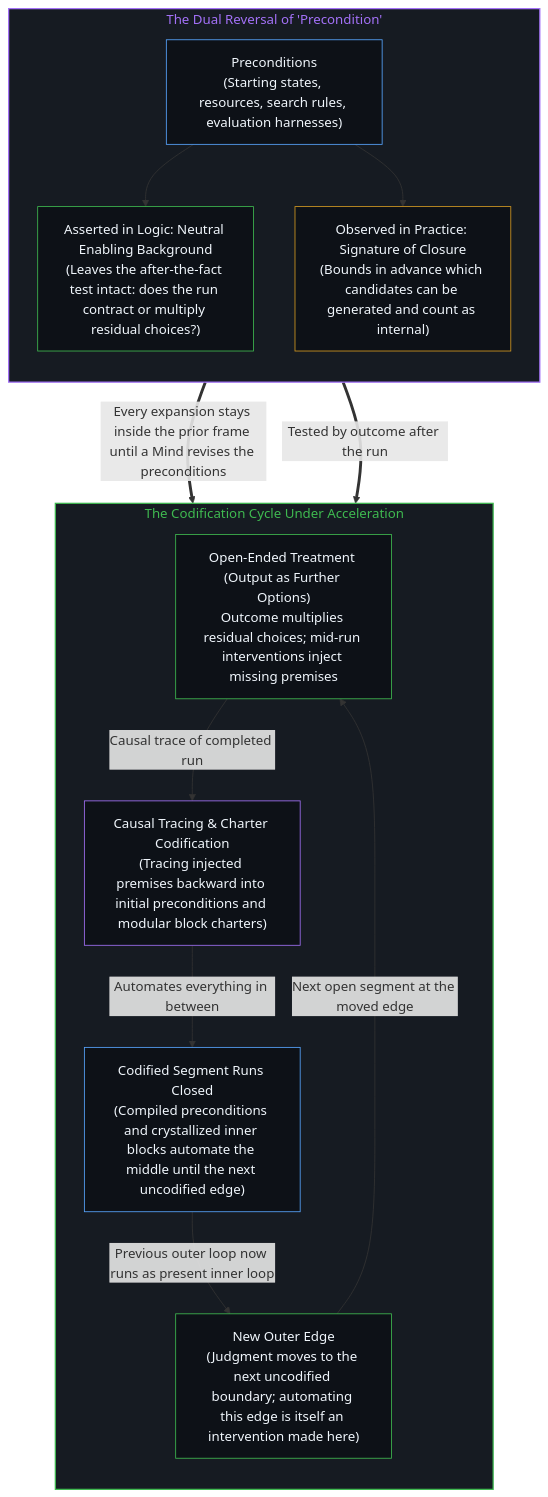
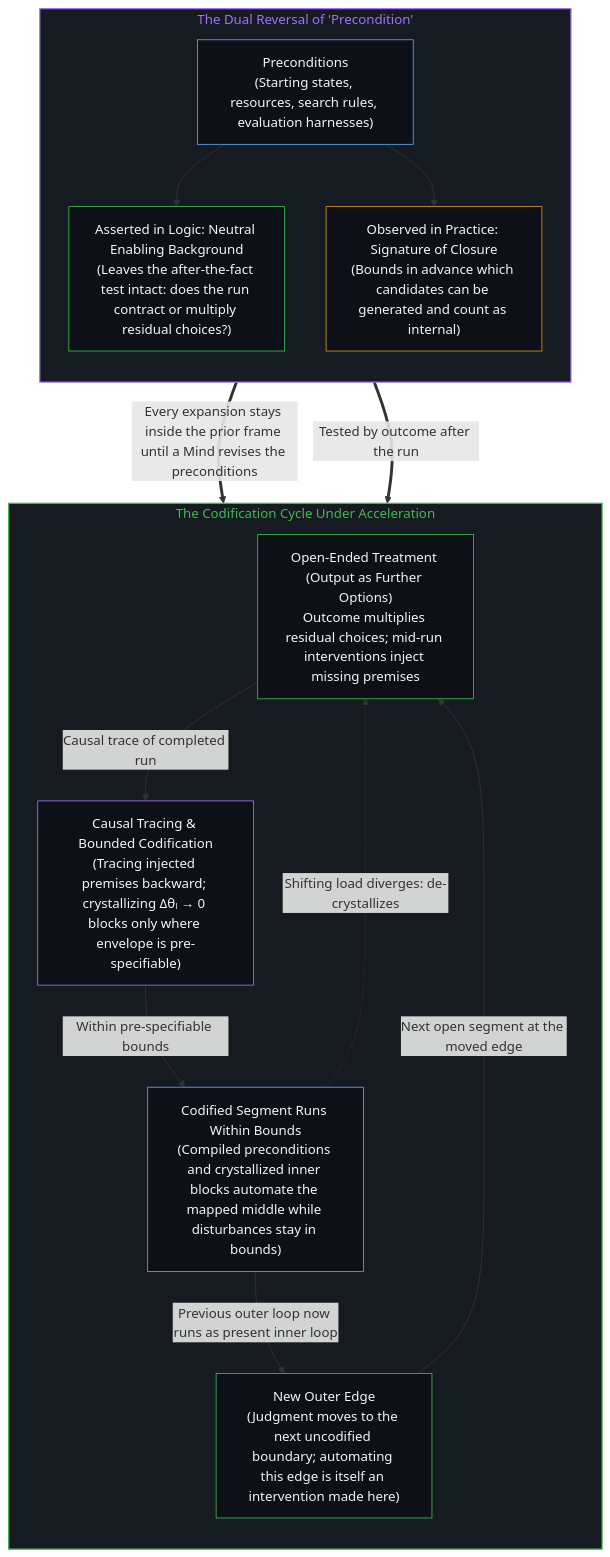
Before and after one commit to powerpig99/not-a-toe: the fourth of 4 diagrams in content/posts/the-density-of-judgment.md, drawn with Mermaid. The commit also changed other lines of this file and 14 other files, not shown here.

````diff
--- a/content/posts/the-density-of-judgment.md
+++ b/content/posts/the-density-of-judgment.md
@@ -137,33 +138,34 @@
 ```mermaid
 flowchart TD
     subgraph S_Dual["The Dual Reversal of 'Precondition'"]
         direction TB
         P_Term["Preconditions<br/>(Starting states, resources, search rules, evaluation harnesses)"]
         P_Assert["Asserted in Logic: Neutral Enabling Background<br/>(Leaves the after-the-fact test intact: does the run contract or multiply residual choices?)"]
         P_Observe["Observed in Practice: Signature of Closure<br/>(Bounds in advance which candidates can be generated and count as internal)"]
         P_Term --> P_Assert
         P_Term --> P_Observe
     end
     subgraph S_Pattern["The Codification Cycle Under Acceleration"]
         direction TB
         T_Open["Open-Ended Treatment (Output as Further Options)<br/>Outcome multiplies residual choices; mid-run interventions inject missing premises"]
-        T_Codify["Causal Tracing & Charter Codification<br/>(Tracing injected premises backward into initial preconditions and modular block charters)"]
-        T_Closed["Codified Segment Runs Closed<br/>(Compiled preconditions and crystallized inner blocks automate the middle until the next uncodified edge)"]
+        T_Codify["Causal Tracing & Bounded Codification<br/>(Tracing injected premises backward; crystallizing Δθₗ → 0 blocks only where envelope is pre-specifiable)"]
+        T_Closed["Codified Segment Runs Within Bounds<br/>(Compiled preconditions and crystallized inner blocks automate the mapped middle while disturbances stay in bounds)"]
         T_Edge["New Outer Edge<br/>(Judgment moves to the next uncodified boundary; automating this edge is itself an intervention made here)"]
         T_Open -->|"Causal trace of completed run"| T_Codify
-        T_Codify -->|"Automates everything in between"| T_Closed
+        T_Codify -->|"Within pre-specifiable bounds"| T_Closed
         T_Closed -->|"Previous outer loop now runs as present inner loop"| T_Edge
+        T_Closed -.->|"Shifting load diverges: de-crystallizes"| T_Open
         T_Edge -->|"Next open segment at the moved edge"| T_Open
     end
     P_Assert ==>|"Tested by outcome after the run"| S_Pattern
     P_Observe ==>|"Every expansion stays inside the prior frame until a Mind revises the preconditions"| T_Open
     style S_Dual fill:#161b22,stroke:#a371f7,stroke-width:1.5px,color:#a371f7
     style S_Pattern fill:#161b22,stroke:#3fb950,stroke-width:1.5px,color:#3fb950
     style P_Term fill:#0d1117,stroke:#58a6ff,stroke-width:1px,color:#f0f6fc
     style P_Assert fill:#0d1117,stroke:#3fb950,stroke-width:1px,color:#f0f6fc
     style P_Observe fill:#0d1117,stroke:#d29922,stroke-width:1px,color:#f0f6fc
     style T_Open fill:#0d1117,stroke:#3fb950,stroke-width:1px,color:#f0f6fc
     style T_Codify fill:#0d1117,stroke:#a371f7,stroke-width:1px,color:#f0f6fc
     style T_Closed fill:#0d1117,stroke:#58a6ff,stroke-width:1px,color:#f0f6fc
     style T_Edge fill:#0d1117,stroke:#3fb950,stroke-width:1px,color:#f0f6fc
 ```
````
